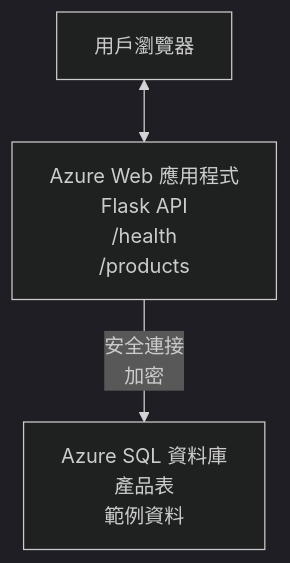
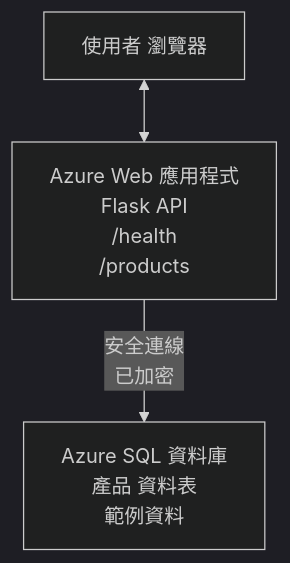
One commit to microsoft/AZD-for-beginners changed the diagram in translations/zh-HK/examples/database-app/README.md. Above: the diagram before and after it, drawn with Mermaid (dark theme). The commit also changed other lines of this file and 101 other files, not shown here.

````diff
--- a/translations/zh-HK/examples/database-app/README.md
+++ b/translations/zh-HK/examples/database-app/README.md
@@ -72,5 +72,5 @@
 ```mermaid
 graph TD
-    Browser[用戶瀏覽器] <--> WebApp[Azure Web 應用程式<br/>Flask API<br/>/health<br/>/products]
-    WebApp -- 安全連接<br/>加密 --> SQL[Azure SQL 資料庫<br/>產品表<br/>範例資料]
+    Browser[使用者 瀏覽器] <--> WebApp[Azure Web 應用程式<br/>Flask API<br/>/health<br/>/products]
+    WebApp -- 安全連線<br/>已加密 --> SQL[Azure SQL 資料庫<br/>產品 資料表<br/>範例資料]
 ```
````
